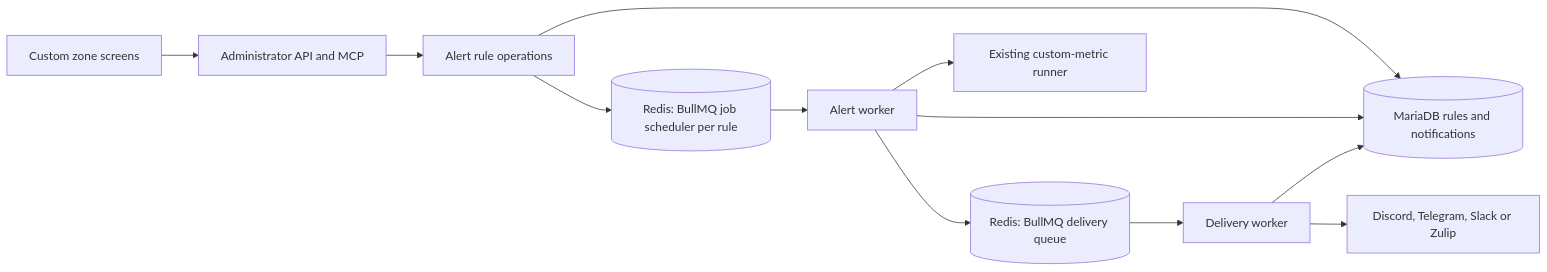
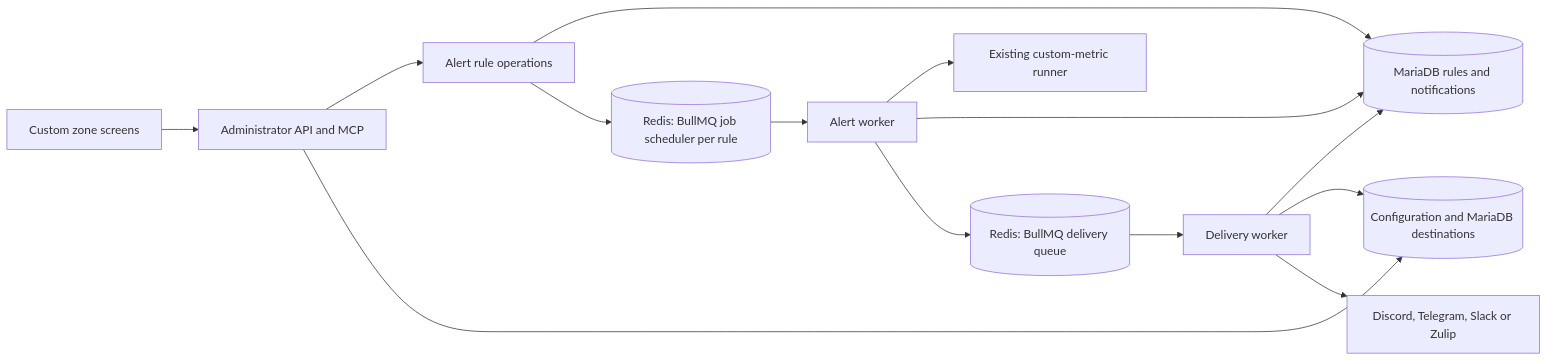
One commit to constructorfabric/insight changed the first of 3 diagrams in docs/domain/insight-v3/specs/alerts/DESIGN.md. Above: the diagram before and after it, drawn with Mermaid. The commit also changed other lines of this file and 1 other file, not shown here.

First line of the commit message:
docs(alerts): specify administrator-managed destinations with sealed credentials

````diff
--- a/docs/domain/insight-v3/specs/alerts/DESIGN.md
+++ b/docs/domain/insight-v3/specs/alerts/DESIGN.md
@@ -84,14 +86,16 @@
 ```mermaid
 flowchart LR
     Portal[Custom zone screens] --> API[Administrator API and MCP]
     API --> Rules[Alert rule operations]
     Rules --> Store[(MariaDB rules and notifications)]
     Rules --> Schedule[(Redis: BullMQ job scheduler per rule)]
     Schedule --> Worker[Alert worker]
     Worker --> Metric[Existing custom-metric runner]
     Worker --> Store
     Worker --> Deliveries[(Redis: BullMQ delivery queue)]
     Deliveries --> Sender[Delivery worker]
     Sender --> Store
+    Sender --> Destinations[(Configuration and MariaDB destinations)]
+    API --> Destinations
     Sender --> Provider[Discord, Telegram, Slack or Zulip]
 ```
````
